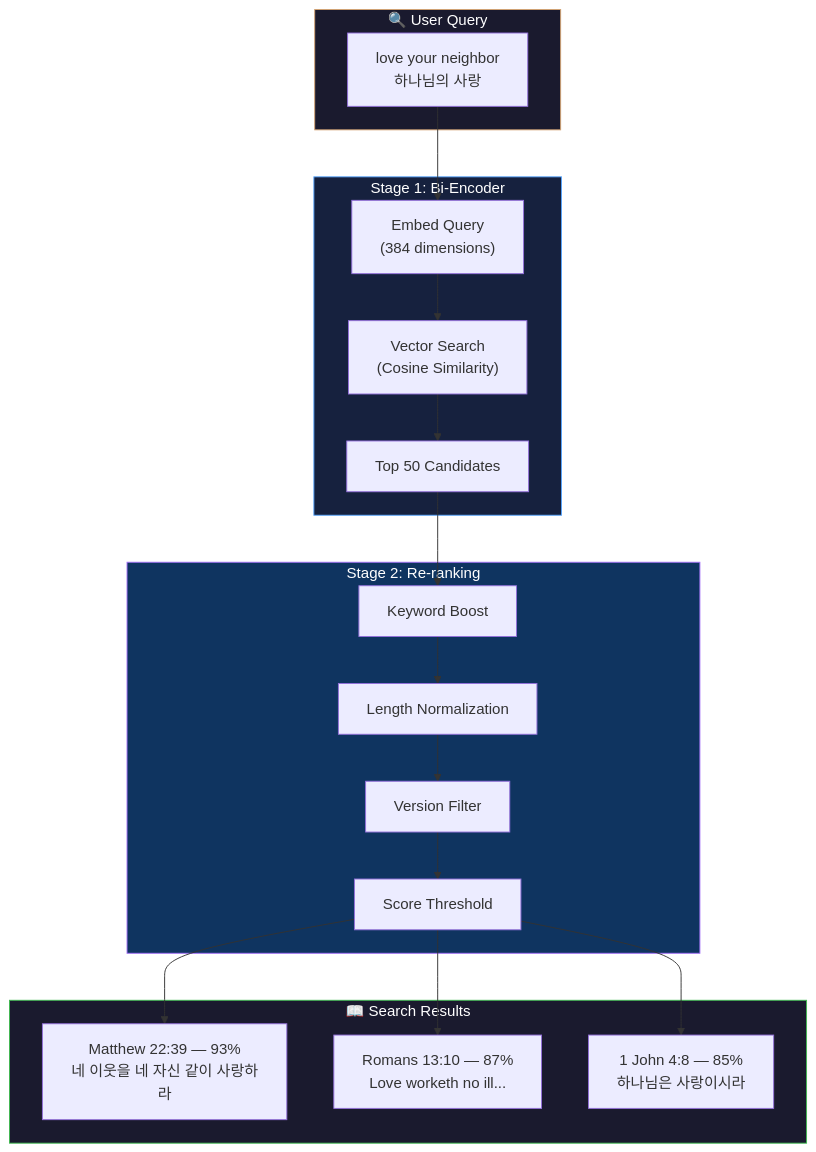
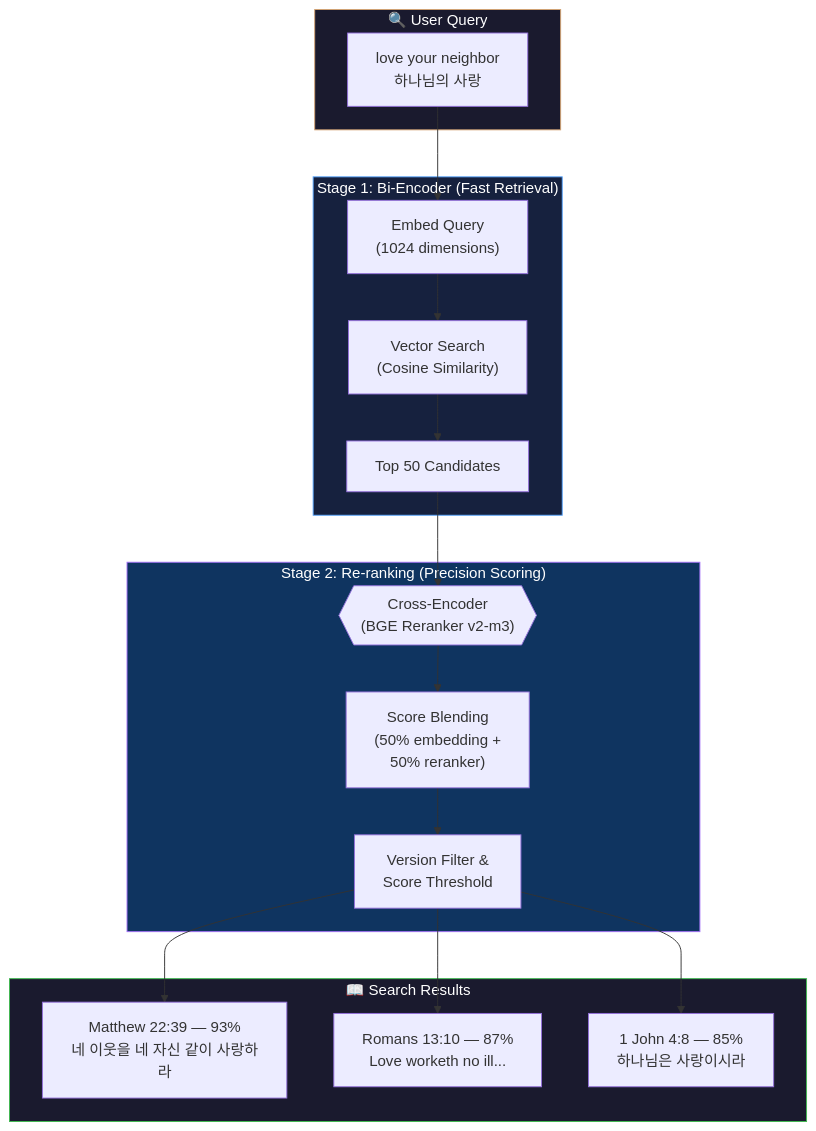
Before and after one commit to nicechester/bible-search: the second of 5 diagrams in README.md, drawn with Mermaid. The commit also changed other lines of this file, not shown here.

Commit message:
docs: update README with BGE Reranker v2-m3 integration details

````diff
--- a/README.md
+++ b/README.md
@@ -87,41 +87,39 @@
 ```mermaid
 flowchart TD
     subgraph Input["🔍 User Query"]
         Q["love your neighbor<br/>하나님의 사랑"]
     end
 
-    subgraph Stage1["Stage 1: Bi-Encoder"]
-        E["Embed Query<br/>(384 dimensions)"]
+    subgraph Stage1["Stage 1: Bi-Encoder (Fast Retrieval)"]
+        E["Embed Query<br/>(1024 dimensions)"]
         V["Vector Search<br/>(Cosine Similarity)"]
         C["Top 50 Candidates"]
     end
 
-    subgraph Stage2["Stage 2: Re-ranking"]
-        K["Keyword Boost"]
-        L["Length Normalization"]
-        F["Version Filter"]
-        S["Score Threshold"]
+    subgraph Stage2["Stage 2: Re-ranking (Precision Scoring)"]
+        R{{"Cross-Encoder<br/>(BGE Reranker v2-m3)"}}
+        B["Score Blending<br/>(50% embedding +<br/>50% reranker)"]
+        F["Version Filter &<br/>Score Threshold"]
     end
 
     subgraph Output["📖 Search Results"]
         R1["Matthew 22:39 — 93%<br/>네 이웃을 네 자신 같이 사랑하라"]
         R2["Romans 13:10 — 87%<br/>Love worketh no ill..."]
         R3["1 John 4:8 — 85%<br/>하나님은 사랑이시라"]
     end
 
     Q --> E
     E --> V
     V --> C
-    C --> K
-    K --> L
-    L --> F
-    F --> S
-    S --> R1
-    S --> R2
-    S --> R3
+    C --> R
+    R --> B
+    B --> F
+    F --> R1
+    F --> R2
+    F --> R3
 
     style Input fill:#1a1a2e,stroke:#d4a373,color:#fff
     style Stage1 fill:#16213e,stroke:#58a6ff,color:#fff
     style Stage2 fill:#0f3460,stroke:#a371f7,color:#fff
     style Output fill:#1a1a2e,stroke:#3fb950,color:#fff
 ```
````
